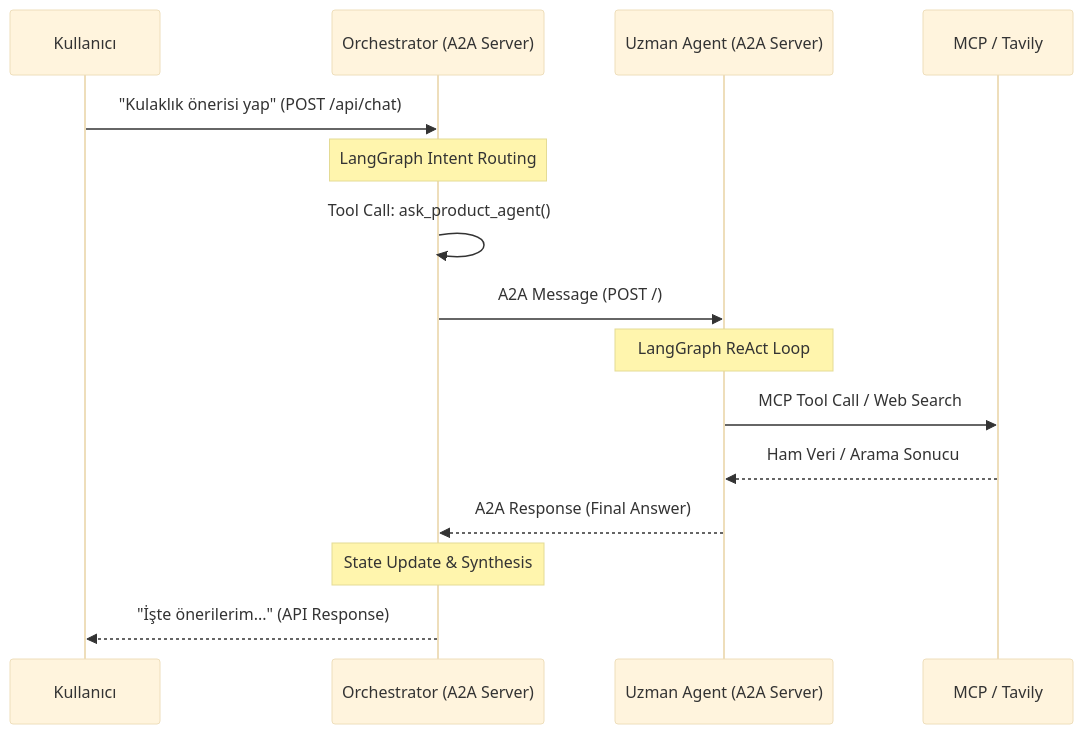
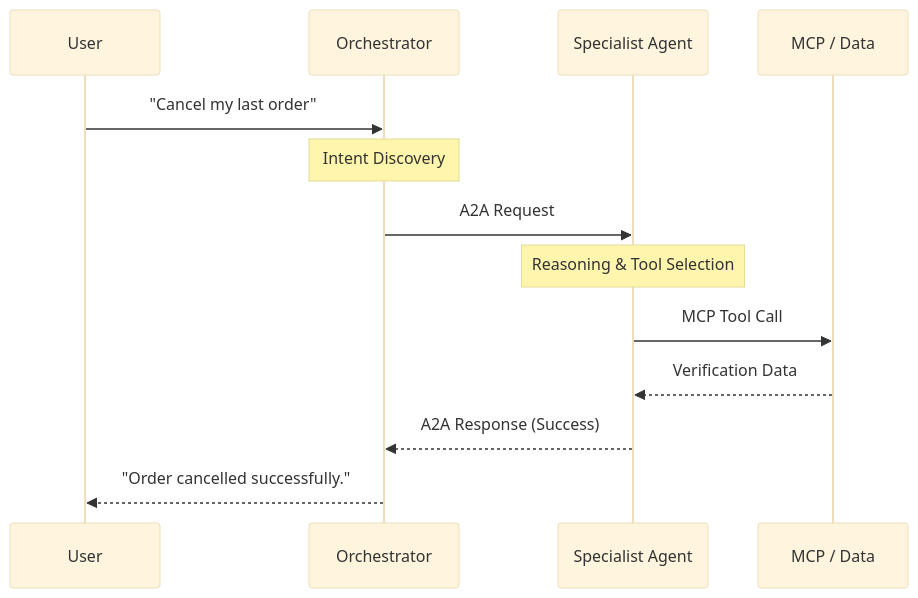
Before and after one commit to hilalTortumluoglu/ecommerce-a2a-agents: the second of 2 diagrams in README.md, drawn with Mermaid (base theme). The commit also changed other lines of this file, not shown here.

````diff
--- a/README.md
+++ b/README.md
@@ -279,20 +118,16 @@
 ```mermaid
 sequenceDiagram
-    participant U as Kullanıcı
-    participant O as Orchestrator (A2A Server)
-    participant A as Uzman Agent (A2A Server)
-    participant M as MCP / Tavily
+    participant U as User
+    participant O as Orchestrator
+    participant A as Specialist Agent
+    participant M as MCP / Data
 
-    U->>O: "Kulaklık önerisi yap" (POST /api/chat)
-    Note over O: LangGraph Intent Routing
-    O->>O: Tool Call: ask_product_agent()
-    
-    O->>A: A2A Message (POST /)
-    Note over A: LangGraph ReAct Loop
-    A->>M: MCP Tool Call / Web Search
-    M-->>A: Ham Veri / Arama Sonucu
-    
-    A-->>O: A2A Response (Final Answer)
-    Note over O: State Update & Synthesis
-    O-->>U: "İşte önerilerim..." (API Response)
+    U->>O: "Cancel my last order"
+    Note over O: Intent Discovery
+    O->>A: A2A Request
+    Note over A: Reasoning & Tool Selection
+    A->>M: MCP Tool Call
+    M-->>A: Verification Data
+    A-->>O: A2A Response (Success)
+    O-->>U: "Order cancelled successfully."
 ```
````
